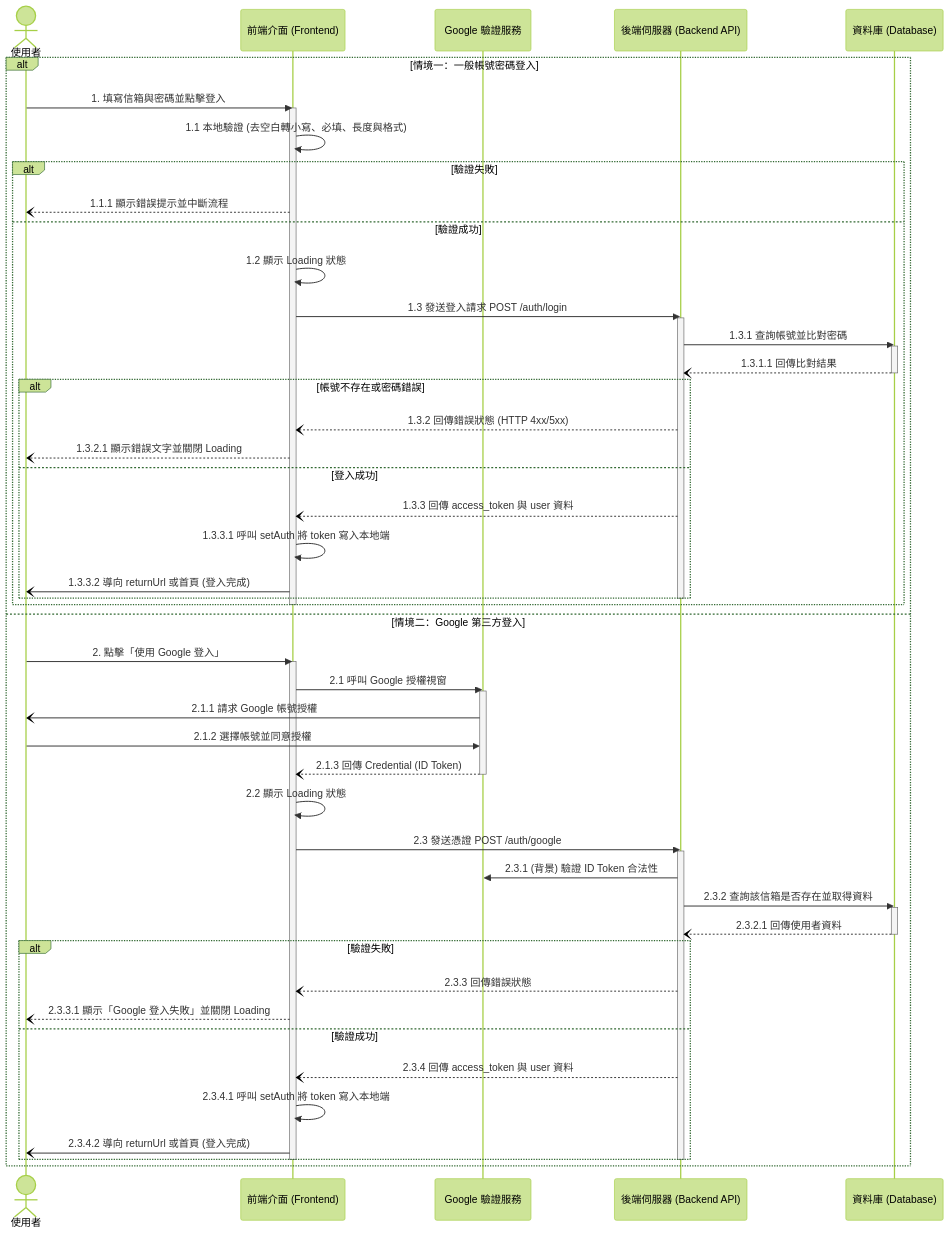
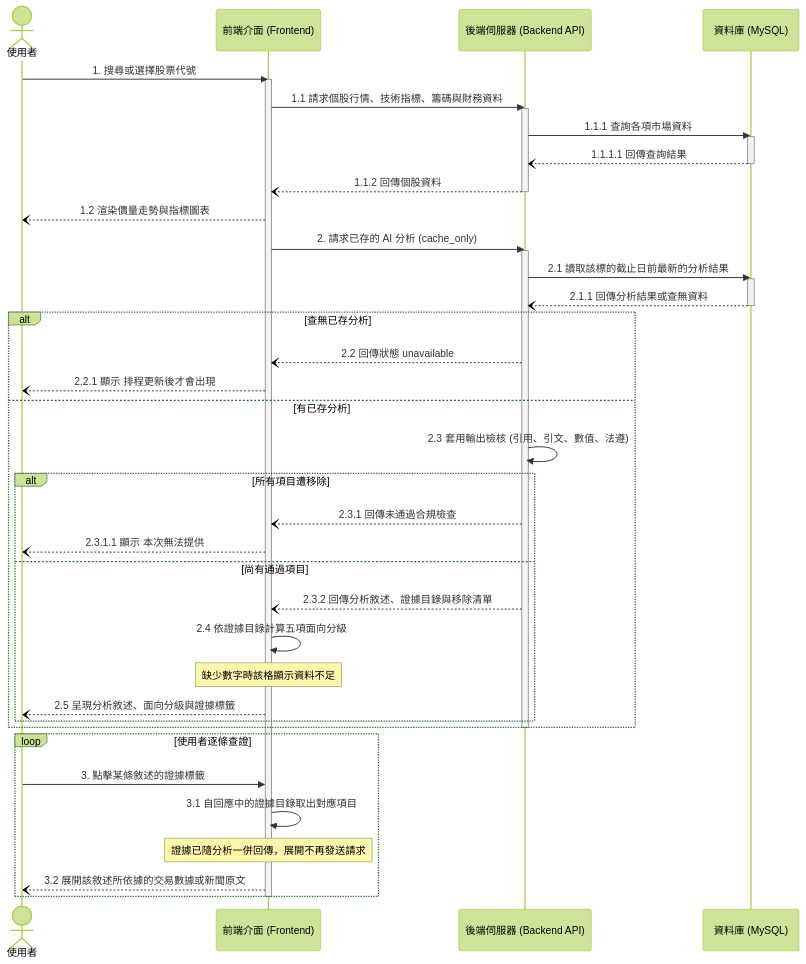
Before and after one commit to weeei001/115409: the second of 6 diagrams in docs/圖檔/Sequential Diagram/Sequential diagram.md, drawn with Mermaid (forest theme). The commit also changed other lines of this file and 28 other files, not shown here.

````diff
--- a/docs/圖檔/Sequential Diagram/Sequential diagram.md
+++ b/docs/圖檔/Sequential Diagram/Sequential diagram.md
@@ -85,67 +83,51 @@
 ```mermaid
 sequenceDiagram
     actor User as 使用者
     participant FE as 前端介面 (Frontend)
-    participant Google as Google 驗證服務
     participant API as 後端伺服器 (Backend API)
-    participant DB as 資料庫 (Database)
+    participant DB as 資料庫 (MySQL)
 
-    alt 情境一：一般帳號密碼登入
-        User->>FE: 1. 填寫信箱與密碼並點擊登入
-        activate FE
-        FE->>FE: 1.1 本地驗證 (去空白轉小寫、必填、長度與格式)
-        alt 驗證失敗
-            FE--)User: 1.1.1 顯示錯誤提示並中斷流程
-        else 驗證成功
-            FE->>FE: 1.2 顯示 Loading 狀態
-            FE->>API: 1.3 發送登入請求 POST /auth/login
-            activate API
-            
-            API->>DB: 1.3.1 查詢帳號並比對密碼
-            activate DB
-            DB--)API: 1.3.1.1 回傳比對結果
-            deactivate DB
-            
-            alt 帳號不存在或密碼錯誤
-                API--)FE: 1.3.2 回傳錯誤狀態 (HTTP 4xx/5xx)
-                FE--)User: 1.3.2.1 顯示錯誤文字並關閉 Loading
-            else 登入成功
-                API--)FE: 1.3.3 回傳 access_token 與 user 資料
-                FE->>FE: 1.3.3.1 呼叫 setAuth 將 token 寫入本地端
-                FE-)User: 1.3.3.2 導向 returnUrl 或首頁 (登入完成)
-            end
-            deactivate API
+    User->>FE: 1. 搜尋或選擇股票代號
+    activate FE
+    FE->>API: 1.1 請求個股行情、技術指標、籌碼與財務資料
+    activate API
+    API->>DB: 1.1.1 查詢各項市場資料
+    activate DB
+    DB--)API: 1.1.1.1 回傳查詢結果
+    deactivate DB
+    API--)FE: 1.1.2 回傳個股資料
+    deactivate API
+    FE--)User: 1.2 渲染價量走勢與指標圖表
+
+    FE->>API: 2. 請求已存的 AI 分析 (cache_only)
+    activate API
+    API->>DB: 2.1 讀取該標的截止日前最新的分析結果
+    activate DB
+    DB--)API: 2.1.1 回傳分析結果或查無資料
+    deactivate DB
+
+    alt 查無已存分析
+        API--)FE: 2.2 回傳狀態 unavailable
+        FE--)User: 2.2.1 顯示 排程更新後才會出現
+    else 有已存分析
+        API->>API: 2.3 套用輸出檢核 (引用、引文、數值、法遵)
+        alt 所有項目遭移除
+            API--)FE: 2.3.1 回傳未通過合規檢查
+            FE--)User: 2.3.1.1 顯示 本次無法提供
+        else 尚有通過項目
+            API--)FE: 2.3.2 回傳分析敘述、證據目錄與移除清單
+            FE->>FE: 2.4 依證據目錄計算五項面向分級
+            Note over FE: 缺少數字時該格顯示資料不足
+            FE--)User: 2.5 呈現分析敘述、面向分級與證據標籤
         end
-        deactivate FE
+    end
+    deactivate API
 
-    else 情境二：Google 第三方登入
-        User->>FE: 2. 點擊「使用 Google 登入」
-        activate FE
-        FE->>Google: 2.1 呼叫 Google 授權視窗
-        activate Google
-        Google-)User: 2.1.1 請求 Google 帳號授權
-        User->>Google: 2.1.2 選擇帳號並同意授權
-        Google--)FE: 2.1.3 回傳 Credential (ID Token)
-        deactivate Google
-        
-        FE->>FE: 2.2 顯示 Loading 狀態
-        FE->>API: 2.3 發送憑證 POST /auth/google
-        activate API
-        API->>Google: 2.3.1 (背景) 驗證 ID Token 合法性
-        API->>DB: 2.3.2 查詢該信箱是否存在並取得資料
-        activate DB
-        DB--)API: 2.3.2.1 回傳使用者資料
-        deactivate DB
-        
-        alt 驗證失敗
-            API--)FE: 2.3.3 回傳錯誤狀態
-            FE--)User: 2.3.3.1 顯示「Google 登入失敗」並關閉 Loading
-        else 驗證成功
-            API--)FE: 2.3.4 回傳 access_token 與 user 資料
-            FE->>FE: 2.3.4.1 呼叫 setAuth 將 token 寫入本地端
-            FE-)User: 2.3.4.2 導向 returnUrl 或首頁 (登入完成)
-        end
-        deactivate API
-        deactivate FE
+    loop 使用者逐條查證
+        User->>FE: 3. 點擊某條敘述的證據標籤
+        FE->>FE: 3.1 自回應中的證據目錄取出對應項目
+        Note over FE: 證據已隨分析一併回傳，展開不再發送請求
+        FE--)User: 3.2 展開該敘述所依據的交易數據或新聞原文
     end
+    deactivate FE
 ```
````
